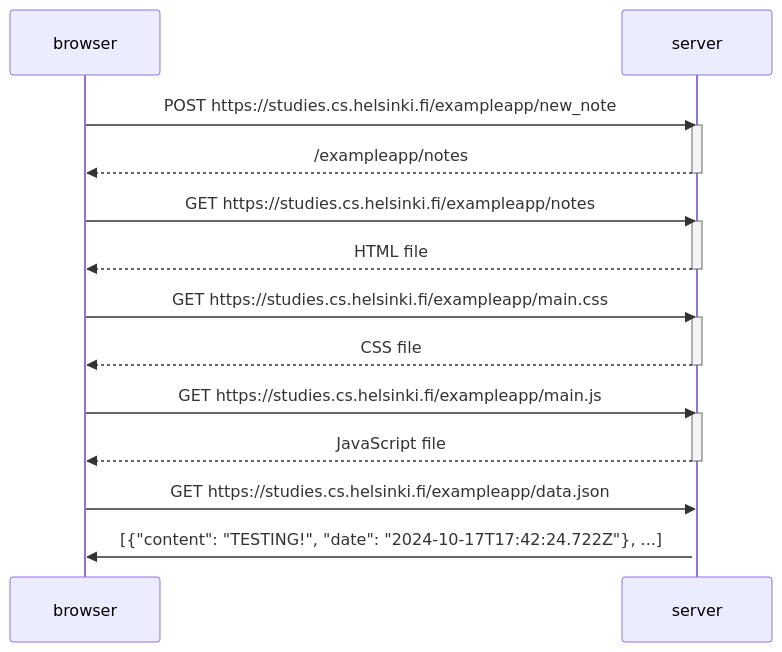
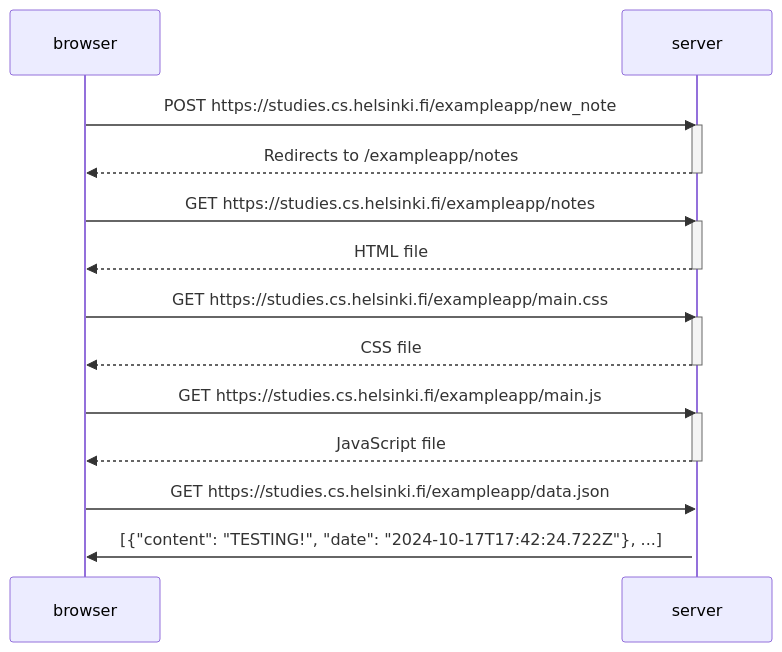
The diagram in part0/0.4_new_note.md (fesper-s/fullstackopen), drawn with Mermaid before and after one commit.

Commit message:
updated: part0/0.4_new_note.md

````diff
--- a/part0/0.4_new_note.md
+++ b/part0/0.4_new_note.md
@@ -1,29 +1,29 @@
 ```mermaid
 sequenceDiagram
     participant browser
     participant server
 
     browser->>server: POST https://studies.cs.helsinki.fi/exampleapp/new_note
     activate server
-    server-->>browser: /exampleapp/notes
+    server-->>browser: Redirects to /exampleapp/notes
     deactivate server
 
     browser->>server: GET https://studies.cs.helsinki.fi/exampleapp/notes
     activate server
     server-->>browser: HTML file
     deactivate server
 
     browser->>server: GET https://studies.cs.helsinki.fi/exampleapp/main.css
     activate server
     server-->>browser: CSS file
     deactivate server
 
     browser->>server: GET https://studies.cs.helsinki.fi/exampleapp/main.js
     activate server
     server-->>browser: JavaScript file
     deactivate server
 
     browser->>server: GET https://studies.cs.helsinki.fi/exampleapp/data.json
     activate server
     server->>browser: [{"content": "TESTING!", "date": "2024-10-17T17:42:24.722Z"}, ...]
 ```
````
